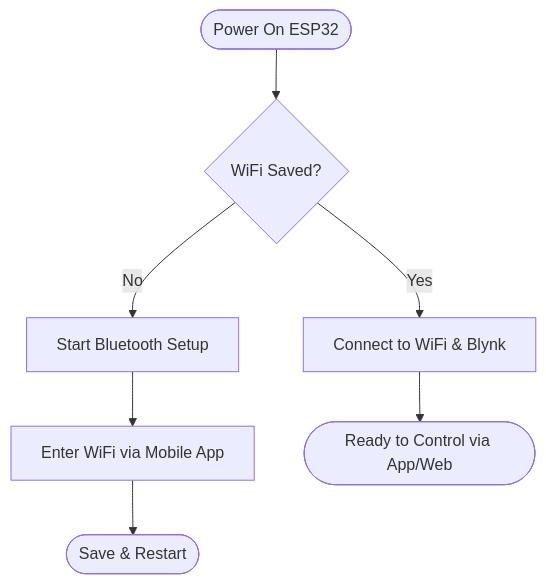
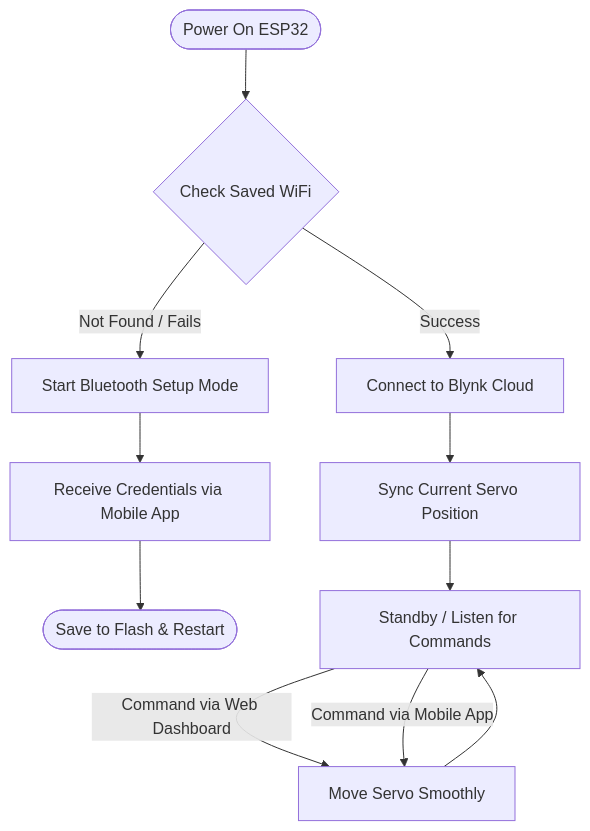
Before and after one commit to rizkygm23/smartcloches-controller-iot: the second of 2 diagrams in README.md, drawn with Mermaid.

````diff
--- a/README.md
+++ b/README.md
@@ -126,11 +126,18 @@
 ```mermaid
 flowchart TD
-    A([Power On ESP32]) --> B{WiFi Saved?}
+    A([Power On ESP32]) --> B{Check Saved WiFi}
     
-    B -- "No" --> C[Start Bluetooth Setup]
-    C --> D[Enter WiFi via Mobile App]
-    D --> E([Save & Restart])
+    B -- "Not Found / Fails" --> C[Start Bluetooth Setup Mode]
+    C --> D[Receive Credentials via Mobile App]
+    D --> E([Save to Flash & Restart])
     
-    B -- "Yes" --> F[Connect to WiFi & Blynk]
-    F --> G([Ready to Control via App/Web])
+    B -- "Success" --> F[Connect to Blynk Cloud]
+    F --> G[Sync Current Servo Position]
+    
+    G --> H[Standby / Listen for Commands]
+    
+    H -- "Command via Web Dashboard" --> I[Move Servo Smoothly]
+    H -- "Command via Mobile App" --> I
+    
+    I --> H
 ```
````
